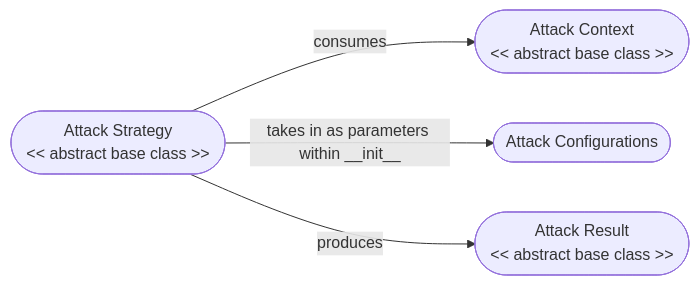
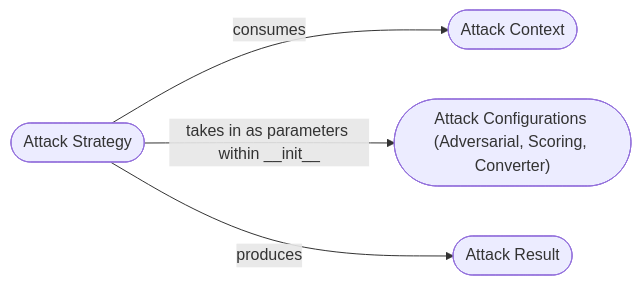
The first of 5 diagrams in doc/code/executor/attack/0_attack.md (Azure/PyRIT), drawn with Mermaid before and after one commit. The commit also changed other lines of this file and 4 other files, not shown here.

````diff
--- a/doc/code/executor/attack/0_attack.md
+++ b/doc/code/executor/attack/0_attack.md
@@ -7,7 +7,7 @@
 ```{mermaid}
 flowchart LR
-    A(["Attack Strategy <br> << abstract base class >>"])
-    A --consumes--> B(["Attack Context <br> << abstract base class >>"])
-    A --takes in as parameters within __init__--> D(["Attack Configurations"])
-    A --produces--> C(["Attack Result <br> << abstract base class >>"])
+    A(["Attack Strategy <br>"])
+    A --consumes--> B(["Attack Context <br>"])
+    A --takes in as parameters within __init__--> D(["Attack Configurations (Adversarial, Scoring, Converter)"])
+    A --produces--> C(["Attack Result <br>"])
 ```
````
